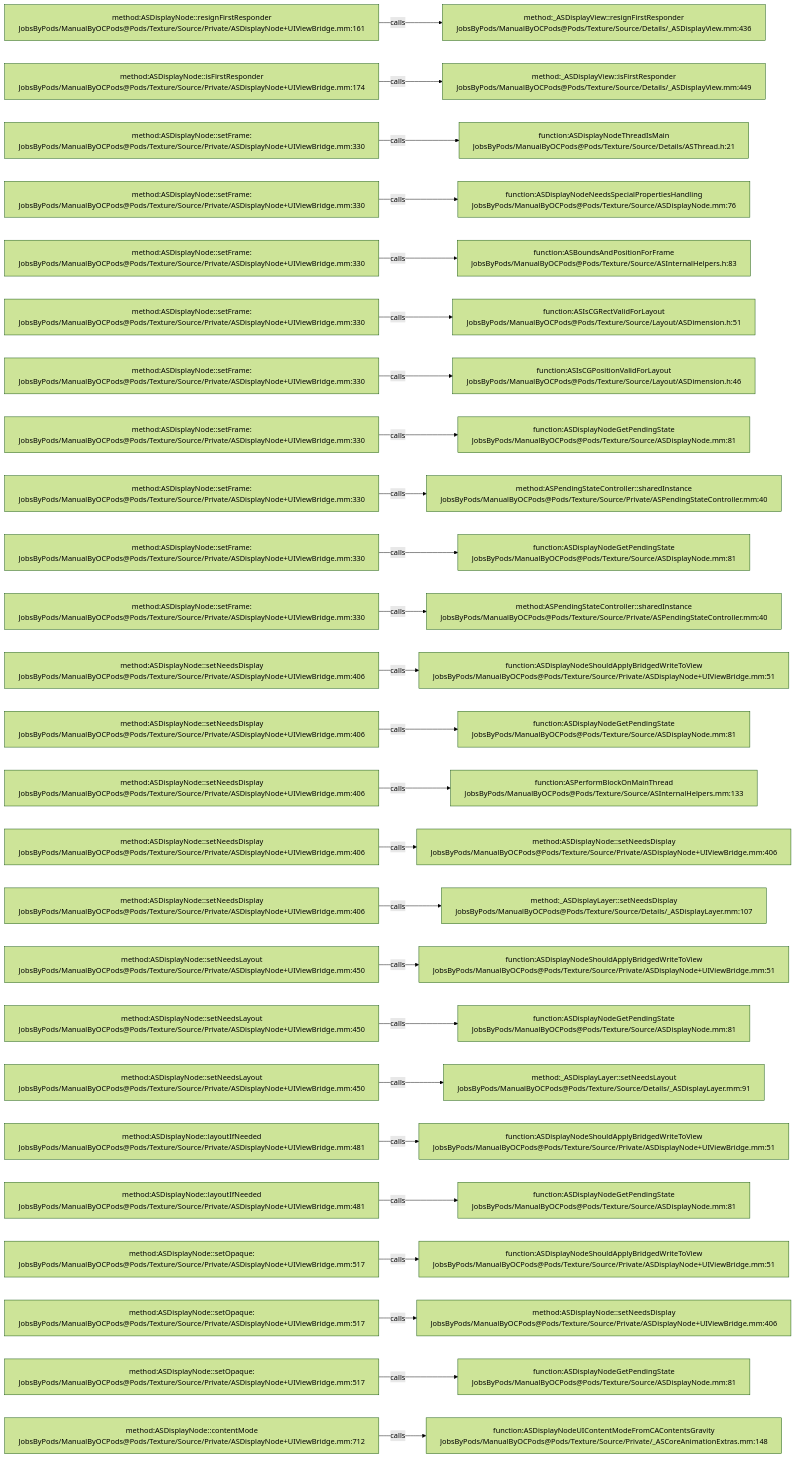
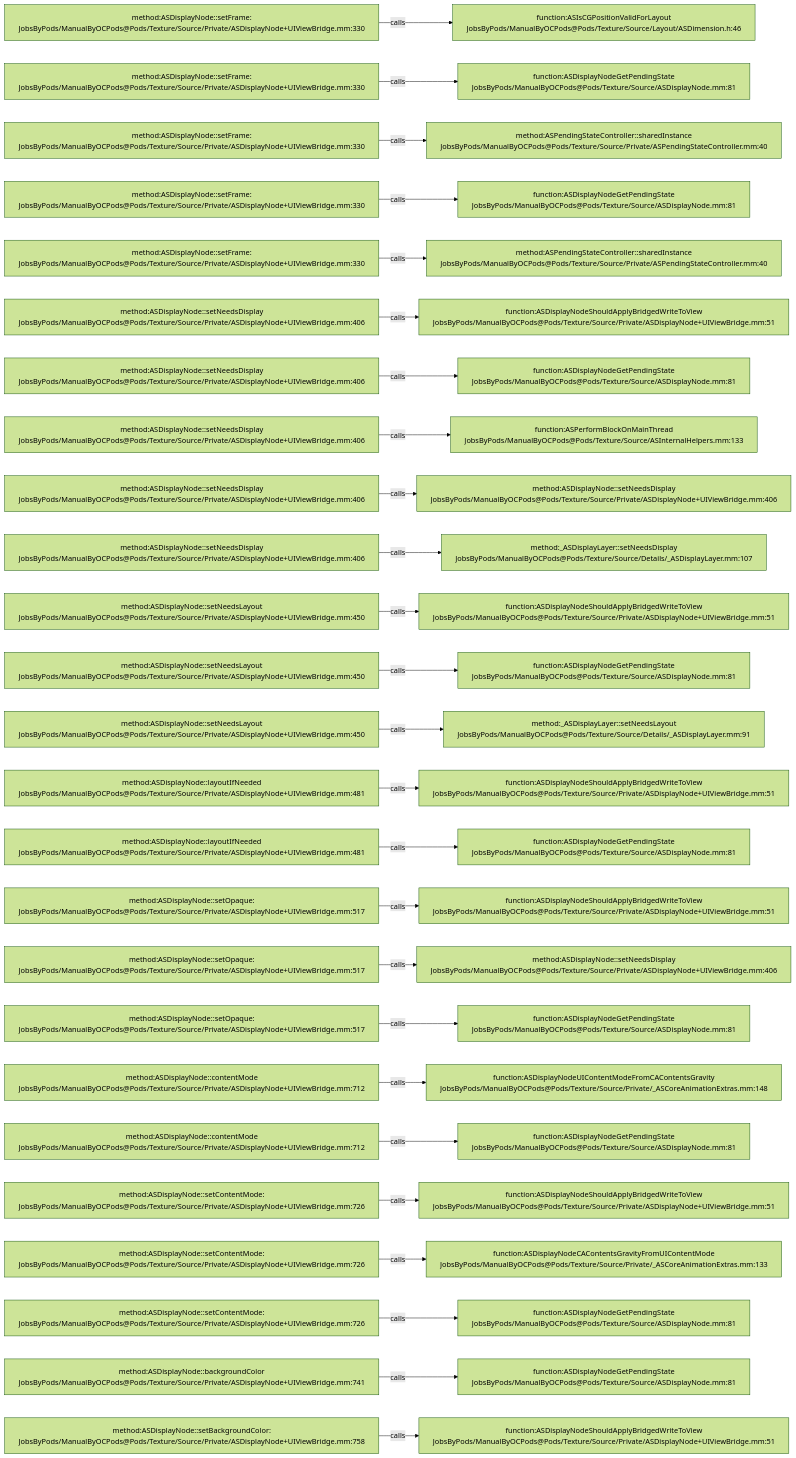
Before and after one commit to JobsKits/JobsOCBaseConfigDemo: the diagram in .codegraph/codegraph.md/graphs/calls-180.md, drawn with Mermaid (forest theme). The commit also changed 666 other files, not shown here.

````diff
--- a/.codegraph/codegraph.md/graphs/calls-180.md
+++ b/.codegraph/codegraph.md/graphs/calls-180.md
@@ -13,78 +13,78 @@
 ```mermaid
 flowchart LR
-  S1["method:ASDisplayNode::resignFirstResponder<br/>JobsByPods/ManualByOCPods@Pods/Texture/Source/Private/ASDisplayNode+UIViewBridge.mm:161"]
-  T1["method:_ASDisplayView::resignFirstResponder<br/>JobsByPods/ManualByOCPods@Pods/Texture/Source/Details/_ASDisplayView.mm:436"]
+  S1["method:ASDisplayNode::setFrame:<br/>JobsByPods/ManualByOCPods@Pods/Texture/Source/Private/ASDisplayNode+UIViewBridge.mm:330"]
+  T1["function:ASIsCGPositionValidForLayout<br/>JobsByPods/ManualByOCPods@Pods/Texture/Source/Layout/ASDimension.h:46"]
   S1 -->|calls| T1
-  S2["method:ASDisplayNode::isFirstResponder<br/>JobsByPods/ManualByOCPods@Pods/Texture/Source/Private/ASDisplayNode+UIViewBridge.mm:174"]
-  T2["method:_ASDisplayView::isFirstResponder<br/>JobsByPods/ManualByOCPods@Pods/Texture/Source/Details/_ASDisplayView.mm:449"]
+  S2["method:ASDisplayNode::setFrame:<br/>JobsByPods/ManualByOCPods@Pods/Texture/Source/Private/ASDisplayNode+UIViewBridge.mm:330"]
+  T2["function:ASDisplayNodeGetPendingState<br/>JobsByPods/ManualByOCPods@Pods/Texture/Source/ASDisplayNode.mm:81"]
   S2 -->|calls| T2
   S3["method:ASDisplayNode::setFrame:<br/>JobsByPods/ManualByOCPods@Pods/Texture/Source/Private/ASDisplayNode+UIViewBridge.mm:330"]
-  T3["function:ASDisplayNodeThreadIsMain<br/>JobsByPods/ManualByOCPods@Pods/Texture/Source/Details/ASThread.h:21"]
+  T3["method:ASPendingStateController::sharedInstance<br/>JobsByPods/ManualByOCPods@Pods/Texture/Source/Private/ASPendingStateController.mm:40"]
   S3 -->|calls| T3
   S4["method:ASDisplayNode::setFrame:<br/>JobsByPods/ManualByOCPods@Pods/Texture/Source/Private/ASDisplayNode+UIViewBridge.mm:330"]
-  T4["function:ASDisplayNodeNeedsSpecialPropertiesHandling<br/>JobsByPods/ManualByOCPods@Pods/Texture/Source/ASDisplayNode.mm:76"]
+  T4["function:ASDisplayNodeGetPendingState<br/>JobsByPods/ManualByOCPods@Pods/Texture/Source/ASDisplayNode.mm:81"]
   S4 -->|calls| T4
   S5["method:ASDisplayNode::setFrame:<br/>JobsByPods/ManualByOCPods@Pods/Texture/Source/Private/ASDisplayNode+UIViewBridge.mm:330"]
-  T5["function:ASBoundsAndPositionForFrame<br/>JobsByPods/ManualByOCPods@Pods/Texture/Source/ASInternalHelpers.h:83"]
+  T5["method:ASPendingStateController::sharedInstance<br/>JobsByPods/ManualByOCPods@Pods/Texture/Source/Private/ASPendingStateController.mm:40"]
   S5 -->|calls| T5
-  S6["method:ASDisplayNode::setFrame:<br/>JobsByPods/ManualByOCPods@Pods/Texture/Source/Private/ASDisplayNode+UIViewBridge.mm:330"]
-  T6["function:ASIsCGRectValidForLayout<br/>JobsByPods/ManualByOCPods@Pods/Texture/Source/Layout/ASDimension.h:51"]
+  S6["method:ASDisplayNode::setNeedsDisplay<br/>JobsByPods/ManualByOCPods@Pods/Texture/Source/Private/ASDisplayNode+UIViewBridge.mm:406"]
+  T6["function:ASDisplayNodeShouldApplyBridgedWriteToView<br/>JobsByPods/ManualByOCPods@Pods/Texture/Source/Private/ASDisplayNode+UIViewBridge.mm:51"]
   S6 -->|calls| T6
-  S7["method:ASDisplayNode::setFrame:<br/>JobsByPods/ManualByOCPods@Pods/Texture/Source/Private/ASDisplayNode+UIViewBridge.mm:330"]
-  T7["function:ASIsCGPositionValidForLayout<br/>JobsByPods/ManualByOCPods@Pods/Texture/Source/Layout/ASDimension.h:46"]
+  S7["method:ASDisplayNode::setNeedsDisplay<br/>JobsByPods/ManualByOCPods@Pods/Texture/Source/Private/ASDisplayNode+UIViewBridge.mm:406"]
+  T7["function:ASDisplayNodeGetPendingState<br/>JobsByPods/ManualByOCPods@Pods/Texture/Source/ASDisplayNode.mm:81"]
   S7 -->|calls| T7
-  S8["method:ASDisplayNode::setFrame:<br/>JobsByPods/ManualByOCPods@Pods/Texture/Source/Private/ASDisplayNode+UIViewBridge.mm:330"]
-  T8["function:ASDisplayNodeGetPendingState<br/>JobsByPods/ManualByOCPods@Pods/Texture/Source/ASDisplayNode.mm:81"]
+  S8["method:ASDisplayNode::setNeedsDisplay<br/>JobsByPods/ManualByOCPods@Pods/Texture/Source/Private/ASDisplayNode+UIViewBridge.mm:406"]
+  T8["function:ASPerformBlockOnMainThread<br/>JobsByPods/ManualByOCPods@Pods/Texture/Source/ASInternalHelpers.mm:133"]
   S8 -->|calls| T8
-  S9["method:ASDisplayNode::setFrame:<br/>JobsByPods/ManualByOCPods@Pods/Texture/Source/Private/ASDisplayNode+UIViewBridge.mm:330"]
-  T9["method:ASPendingStateController::sharedInstance<br/>JobsByPods/ManualByOCPods@Pods/Texture/Source/Private/ASPendingStateController.mm:40"]
+  S9["method:ASDisplayNode::setNeedsDisplay<br/>JobsByPods/ManualByOCPods@Pods/Texture/Source/Private/ASDisplayNode+UIViewBridge.mm:406"]
+  T9["method:ASDisplayNode::setNeedsDisplay<br/>JobsByPods/ManualByOCPods@Pods/Texture/Source/Private/ASDisplayNode+UIViewBridge.mm:406"]
   S9 -->|calls| T9
-  S10["method:ASDisplayNode::setFrame:<br/>JobsByPods/ManualByOCPods@Pods/Texture/Source/Private/ASDisplayNode+UIViewBridge.mm:330"]
-  T10["function:ASDisplayNodeGetPendingState<br/>JobsByPods/ManualByOCPods@Pods/Texture/Source/ASDisplayNode.mm:81"]
+  S10["method:ASDisplayNode::setNeedsDisplay<br/>JobsByPods/ManualByOCPods@Pods/Texture/Source/Private/ASDisplayNode+UIViewBridge.mm:406"]
+  T10["method:_ASDisplayLayer::setNeedsDisplay<br/>JobsByPods/ManualByOCPods@Pods/Texture/Source/Details/_ASDisplayLayer.mm:107"]
   S10 -->|calls| T10
-  S11["method:ASDisplayNode::setFrame:<br/>JobsByPods/ManualByOCPods@Pods/Texture/Source/Private/ASDisplayNode+UIViewBridge.mm:330"]
-  T11["method:ASPendingStateController::sharedInstance<br/>JobsByPods/ManualByOCPods@Pods/Texture/Source/Private/ASPendingStateController.mm:40"]
+  S11["method:ASDisplayNode::setNeedsLayout<br/>JobsByPods/ManualByOCPods@Pods/Texture/Source/Private/ASDisplayNode+UIViewBridge.mm:450"]
+  T11["function:ASDisplayNodeShouldApplyBridgedWriteToView<br/>JobsByPods/ManualByOCPods@Pods/Texture/Source/Private/ASDisplayNode+UIViewBridge.mm:51"]
   S11 -->|calls| T11
-  S12["method:ASDisplayNode::setNeedsDisplay<br/>JobsByPods/ManualByOCPods@Pods/Texture/Source/Private/ASDisplayNode+UIViewBridge.mm:406"]
-  T12["function:ASDisplayNodeShouldApplyBridgedWriteToView<br/>JobsByPods/ManualByOCPods@Pods/Texture/Source/Private/ASDisplayNode+UIViewBridge.mm:51"]
+  S12["method:ASDisplayNode::setNeedsLayout<br/>JobsByPods/ManualByOCPods@Pods/Texture/Source/Private/ASDisplayNode+UIViewBridge.mm:450"]
+  T12["function:ASDisplayNodeGetPendingState<br/>JobsByPods/ManualByOCPods@Pods/Texture/Source/ASDisplayNode.mm:81"]
   S12 -->|calls| T12
-  S13["method:ASDisplayNode::setNeedsDisplay<br/>JobsByPods/ManualByOCPods@Pods/Texture/Source/Private/ASDisplayNode+UIViewBridge.mm:406"]
-  T13["function:ASDisplayNodeGetPendingState<br/>JobsByPods/ManualByOCPods@Pods/Texture/Source/ASDisplayNode.mm:81"]
+  S13["method:ASDisplayNode::setNeedsLayout<br/>JobsByPods/ManualByOCPods@Pods/Texture/Source/Private/ASDisplayNode+UIViewBridge.mm:450"]
+  T13["method:_ASDisplayLayer::setNeedsLayout<br/>JobsByPods/ManualByOCPods@Pods/Texture/Source/Details/_ASDisplayLayer.mm:91"]
   S13 -->|calls| T13
-  S14["method:ASDisplayNode::setNeedsDisplay<br/>JobsByPods/ManualByOCPods@Pods/Texture/Source/Private/ASDisplayNode+UIViewBridge.mm:406"]
-  T14["function:ASPerformBlockOnMainThread<br/>JobsByPods/ManualByOCPods@Pods/Texture/Source/ASInternalHelpers.mm:133"]
+  S14["method:ASDisplayNode::layoutIfNeeded<br/>JobsByPods/ManualByOCPods@Pods/Texture/Source/Private/ASDisplayNode+UIViewBridge.mm:481"]
+  T14["function:ASDisplayNodeShouldApplyBridgedWriteToView<br/>JobsByPods/ManualByOCPods@Pods/Texture/Source/Private/ASDisplayNode+UIViewBridge.mm:51"]
   S14 -->|calls| T14
-  S15["method:ASDisplayNode::setNeedsDisplay<br/>JobsByPods/ManualByOCPods@Pods/Texture/Source/Private/ASDisplayNode+UIViewBridge.mm:406"]
-  T15["method:ASDisplayNode::setNeedsDisplay<br/>JobsByPods/ManualByOCPods@Pods/Texture/Source/Private/ASDisplayNode+UIViewBridge.mm:406"]
+  S15["method:ASDisplayNode::layoutIfNeeded<br/>JobsByPods/ManualByOCPods@Pods/Texture/Source/Private/ASDisplayNode+UIViewBridge.mm:481"]
+  T15["function:ASDisplayNodeGetPendingState<br/>JobsByPods/ManualByOCPods@Pods/Texture/Source/ASDisplayNode.mm:81"]
   S15 -->|calls| T15
-  S16["method:ASDisplayNode::setNeedsDisplay<br/>JobsByPods/ManualByOCPods@Pods/Texture/Source/Private/ASDisplayNode+UIViewBridge.mm:406"]
-  T16["method:_ASDisplayLayer::setNeedsDisplay<br/>JobsByPods/ManualByOCPods@Pods/Texture/Source/Details/_ASDisplayLayer.mm:107"]
+  S16["method:ASDisplayNode::setOpaque:<br/>JobsByPods/ManualByOCPods@Pods/Texture/Source/Private/ASDisplayNode+UIViewBridge.mm:517"]
+  T16["function:ASDisplayNodeShouldApplyBridgedWriteToView<br/>JobsByPods/ManualByOCPods@Pods/Texture/Source/Private/ASDisplayNode+UIViewBridge.mm:51"]
   S16 -->|calls| T16
-  S17["method:ASDisplayNode::setNeedsLayout<br/>JobsByPods/ManualByOCPods@Pods/Texture/Source/Private/ASDisplayNode+UIViewBridge.mm:450"]
-  T17["function:ASDisplayNodeShouldApplyBridgedWriteToView<br/>JobsByPods/ManualByOCPods@Pods/Texture/Source/Private/ASDisplayNode+UIViewBridge.mm:51"]
+  S17["method:ASDisplayNode::setOpaque:<br/>JobsByPods/ManualByOCPods@Pods/Texture/Source/Private/ASDisplayNode+UIViewBridge.mm:517"]
+  T17["method:ASDisplayNode::setNeedsDisplay<br/>JobsByPods/ManualByOCPods@Pods/Texture/Source/Private/ASDisplayNode+UIViewBridge.mm:406"]
   S17 -->|calls| T17
-  S18["method:ASDisplayNode::setNeedsLayout<br/>JobsByPods/ManualByOCPods@Pods/Texture/Source/Private/ASDisplayNode+UIViewBridge.mm:450"]
+  S18["method:ASDisplayNode::setOpaque:<br/>JobsByPods/ManualByOCPods@Pods/Texture/Source/Private/ASDisplayNode+UIViewBridge.mm:517"]
   T18["function:ASDisplayNodeGetPendingState<br/>JobsByPods/ManualByOCPods@Pods/Texture/Source/ASDisplayNode.mm:81"]
   S18 -->|calls| T18
-  S19["method:ASDisplayNode::setNeedsLayout<br/>JobsByPods/ManualByOCPods@Pods/Texture/Source/Private/ASDisplayNode+UIViewBridge.mm:450"]
-  T19["method:_ASDisplayLayer::setNeedsLayout<br/>JobsByPods/ManualByOCPods@Pods/Texture/Source/Details/_ASDisplayLayer.mm:91"]
+  S19["method:ASDisplayNode::contentMode<br/>JobsByPods/ManualByOCPods@Pods/Texture/Source/Private/ASDisplayNode+UIViewBridge.mm:712"]
+  T19["function:ASDisplayNodeUIContentModeFromCAContentsGravity<br/>JobsByPods/ManualByOCPods@Pods/Texture/Source/Private/_ASCoreAnimationExtras.mm:148"]
   S19 -->|calls| T19
-  S20["method:ASDisplayNode::layoutIfNeeded<br/>JobsByPods/ManualByOCPods@Pods/Texture/Source/Private/ASDisplayNode+UIViewBridge.mm:481"]
-  T20["function:ASDisplayNodeShouldApplyBridgedWriteToView<br/>JobsByPods/ManualByOCPods@Pods/Texture/Source/Private/ASDisplayNode+UIViewBridge.mm:51"]
+  S20["method:ASDisplayNode::contentMode<br/>JobsByPods/ManualByOCPods@Pods/Texture/Source/Private/ASDisplayNode+UIViewBridge.mm:712"]
+  T20["function:ASDisplayNodeGetPendingState<br/>JobsByPods/ManualByOCPods@Pods/Texture/Source/ASDisplayNode.mm:81"]
   S20 -->|calls| T20
-  S21["method:ASDisplayNode::layoutIfNeeded<br/>JobsByPods/ManualByOCPods@Pods/Texture/Source/Private/ASDisplayNode+UIViewBridge.mm:481"]
-  T21["function:ASDisplayNodeGetPendingState<br/>JobsByPods/ManualByOCPods@Pods/Texture/Source/ASDisplayNode.mm:81"]
+  S21["method:ASDisplayNode::setContentMode:<br/>JobsByPods/ManualByOCPods@Pods/Texture/Source/Private/ASDisplayNode+UIViewBridge.mm:726"]
+  T21["function:ASDisplayNodeShouldApplyBridgedWriteToView<br/>JobsByPods/ManualByOCPods@Pods/Texture/Source/Private/ASDisplayNode+UIViewBridge.mm:51"]
   S21 -->|calls| T21
-  S22["method:ASDisplayNode::setOpaque:<br/>JobsByPods/ManualByOCPods@Pods/Texture/Source/Private/ASDisplayNode+UIViewBridge.mm:517"]
-  T22["function:ASDisplayNodeShouldApplyBridgedWriteToView<br/>JobsByPods/ManualByOCPods@Pods/Texture/Source/Private/ASDisplayNode+UIViewBridge.mm:51"]
+  S22["method:ASDisplayNode::setContentMode:<br/>JobsByPods/ManualByOCPods@Pods/Texture/Source/Private/ASDisplayNode+UIViewBridge.mm:726"]
+  T22["function:ASDisplayNodeCAContentsGravityFromUIContentMode<br/>JobsByPods/ManualByOCPods@Pods/Texture/Source/Private/_ASCoreAnimationExtras.mm:133"]
   S22 -->|calls| T22
-  S23["method:ASDisplayNode::setOpaque:<br/>JobsByPods/ManualByOCPods@Pods/Texture/Source/Private/ASDisplayNode+UIViewBridge.mm:517"]
-  T23["method:ASDisplayNode::setNeedsDisplay<br/>JobsByPods/ManualByOCPods@Pods/Texture/Source/Private/ASDisplayNode+UIViewBridge.mm:406"]
+  S23["method:ASDisplayNode::setContentMode:<br/>JobsByPods/ManualByOCPods@Pods/Texture/Source/Private/ASDisplayNode+UIViewBridge.mm:726"]
+  T23["function:ASDisplayNodeGetPendingState<br/>JobsByPods/ManualByOCPods@Pods/Texture/Source/ASDisplayNode.mm:81"]
   S23 -->|calls| T23
-  S24["method:ASDisplayNode::setOpaque:<br/>JobsByPods/ManualByOCPods@Pods/Texture/Source/Private/ASDisplayNode+UIViewBridge.mm:517"]
+  S24["method:ASDisplayNode::backgroundColor<br/>JobsByPods/ManualByOCPods@Pods/Texture/Source/Private/ASDisplayNode+UIViewBridge.mm:741"]
   T24["function:ASDisplayNodeGetPendingState<br/>JobsByPods/ManualByOCPods@Pods/Texture/Source/ASDisplayNode.mm:81"]
   S24 -->|calls| T24
-  S25["method:ASDisplayNode::contentMode<br/>JobsByPods/ManualByOCPods@Pods/Texture/Source/Private/ASDisplayNode+UIViewBridge.mm:712"]
-  T25["function:ASDisplayNodeUIContentModeFromCAContentsGravity<br/>JobsByPods/ManualByOCPods@Pods/Texture/Source/Private/_ASCoreAnimationExtras.mm:148"]
+  S25["method:ASDisplayNode::setBackgroundColor:<br/>JobsByPods/ManualByOCPods@Pods/Texture/Source/Private/ASDisplayNode+UIViewBridge.mm:758"]
+  T25["function:ASDisplayNodeShouldApplyBridgedWriteToView<br/>JobsByPods/ManualByOCPods@Pods/Texture/Source/Private/ASDisplayNode+UIViewBridge.mm:51"]
   S25 -->|calls| T25
 ```
````
